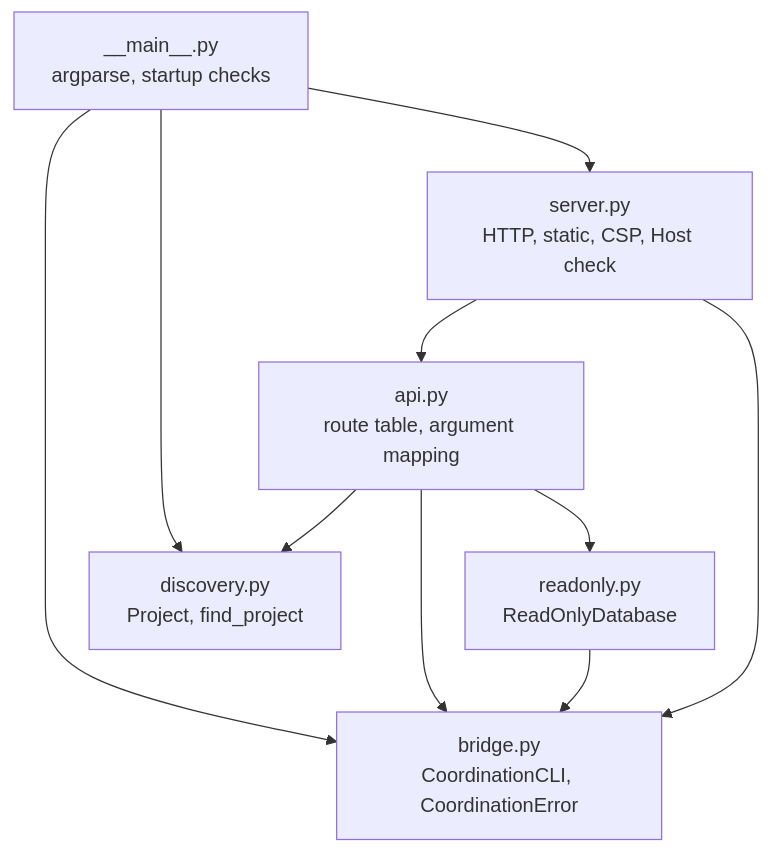
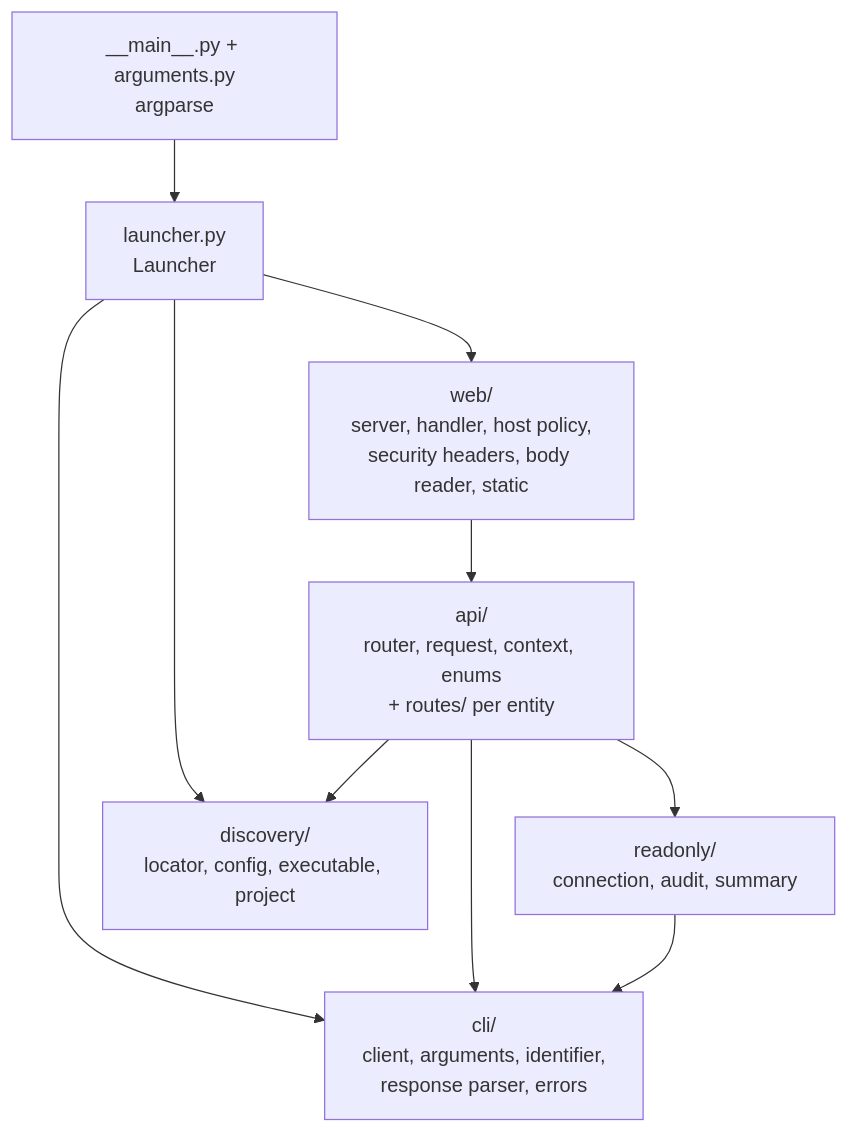
Before and after one commit to jnuez94/agentic-scaffold-project-task-tracker: the second of 9 diagrams in .documents/coordination-console-design.md, drawn with Mermaid. The commit also changed other lines of this file and 1 other file, not shown here.

````diff
--- a/.documents/coordination-console-design.md
+++ b/.documents/coordination-console-design.md
@@ -90,19 +107,20 @@
 ```mermaid
 flowchart TD
-    MAIN["__main__.py<br/>argparse, startup checks"]
-    SERVER["server.py<br/>HTTP, static, CSP, Host check"]
-    API["api.py<br/>route table, argument mapping"]
-    BRIDGE["bridge.py<br/>CoordinationCLI, CoordinationError"]
-    RO["readonly.py<br/>ReadOnlyDatabase"]
-    DISC["discovery.py<br/>Project, find_project"]
+    MAIN["__main__.py + arguments.py<br/>argparse"]
+    LAUNCH["launcher.py<br/>Launcher"]
+    WEB["web/<br/>server, handler, host policy,<br/>security headers, body reader, static"]
+    API["api/<br/>router, request, context, enums<br/>+ routes/ per entity"]
+    CLI["cli/<br/>client, arguments, identifier,<br/>response parser, errors"]
+    RO["readonly/<br/>connection, audit, summary"]
+    DISC["discovery/<br/>locator, config, executable, project"]
 
-    MAIN --> DISC
-    MAIN --> BRIDGE
-    MAIN --> SERVER
-    SERVER --> API
-    API --> BRIDGE
+    MAIN --> LAUNCH
+    LAUNCH --> DISC
+    LAUNCH --> CLI
+    LAUNCH --> WEB
+    WEB --> API
+    API --> CLI
     API --> RO
     API --> DISC
-    RO --> BRIDGE
-    SERVER --> BRIDGE
+    RO --> CLI
 ```
````
